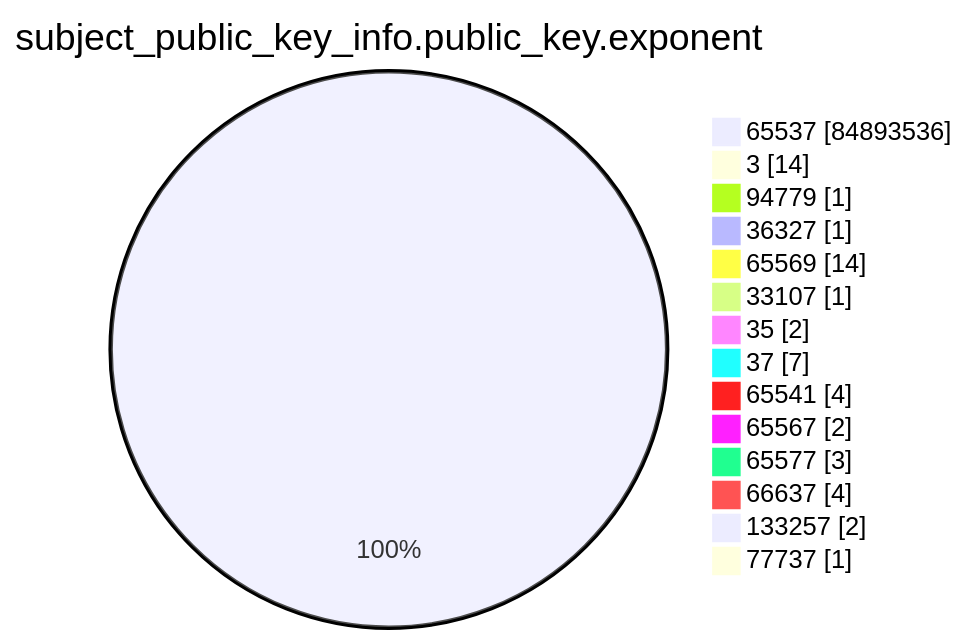
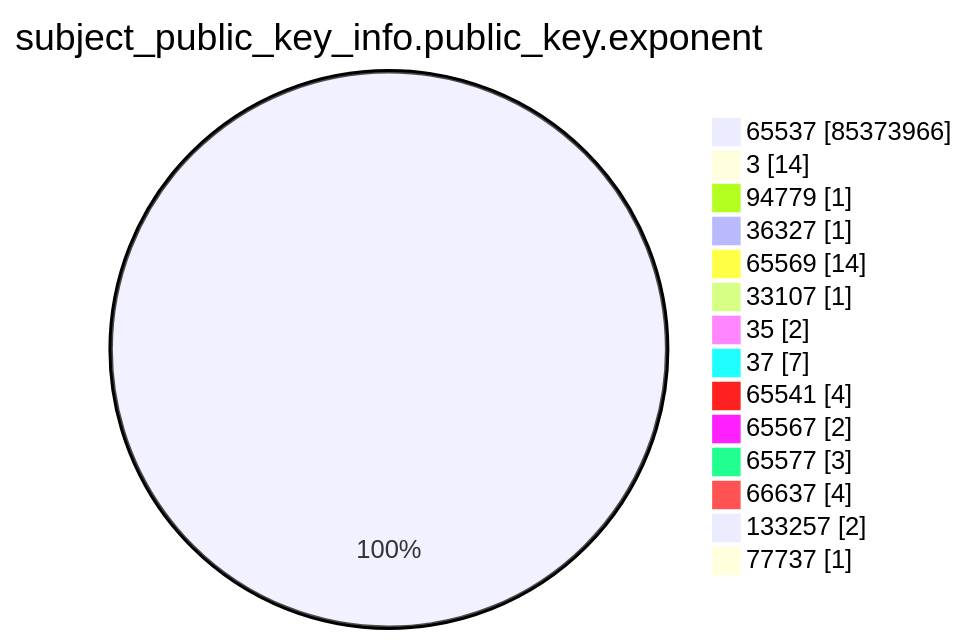
The fourth of 15 diagrams in argon2023/README.md (christiankrug/ctmonitor_visualization), drawn with Mermaid before and after one commit. The commit also changed other lines of this file, not shown here.

````diff
--- a/argon2023/README.md
+++ b/argon2023/README.md
@@ -1253,18 +1254,18 @@
 ```mermaid
 pie showData
 title subject_public_key_info.public_key.exponent
-"65537" :84893536
+"65537" :85373966
 "3" :14
 "94779" :1
 "36327" :1
 "65569" :14
 "33107" :1
 "35" :2
 "37" :7
 "65541" :4
 "65567" :2
 "65577" :3
 "66637" :4
 "133257" :2
 "77737" :1
 ```
````
